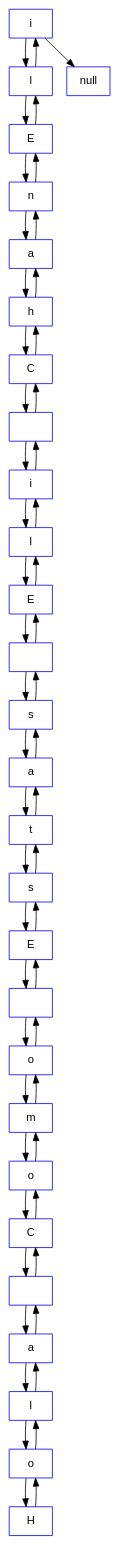
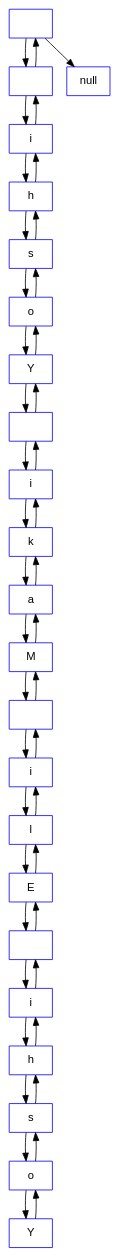
One commit to SergioEGGit/Project_SEG_Text_Editor changed the diagram in Win32/Debug/Reporte1.dot. Above: the diagram before and after it, drawn with Graphviz. The commit also changed 99 other files, not shown here.

```diff
--- a/Win32/Debug/Reporte1.dot
+++ b/Win32/Debug/Reporte1.dot
@@ -1,34 +1,29 @@
 digraph G
 {
 node [shape = box, fontname = Arial, color = blue];
-A0 [label = "i"]
-A1 [label = "l"]
-A2 [label = "E"]
-A3 [label = "n"]
-A4 [label = "a"]
-A5 [label = "h"]
-A6 [label = "C"]
+A0 [label = " "]
+A1 [label = " "]
+A2 [label = "i"]
+A3 [label = "h"]
+A4 [label = "s"]
+A5 [label = "o"]
+A6 [label = "Y"]
 A7 [label = " "]
 A8 [label = "i"]
-A9 [label = "l"]
-A10 [label = "E"]
-A11 [label = " "]
-A12 [label = "s"]
-A13 [label = "a"]
-A14 [label = "t"]
-A15 [label = "s"]
-A16 [label = "E"]
-A17 [label = " "]
-A18 [label = "o"]
-A19 [label = "m"]
+A9 [label = "k"]
+A10 [label = "a"]
+A11 [label = "M"]
+A12 [label = " "]
+A13 [label = "i"]
+A14 [label = "l"]
+A15 [label = "E"]
+A16 [label = " "]
+A17 [label = "i"]
+A18 [label = "h"]
+A19 [label = "s"]
 A20 [label = "o"]
-A21 [label = "C"]
-A22 [label = " "]
-A23 [label = "a"]
-A24 [label = "l"]
-A25 [label = "o"]
-A26 [label = "H"]
-A0->A1->A2->A3->A4->A5->A6->A7->A8->A9->A10->A11->A12->A13->A14->A15->A16->A17->A18->A19->A20->A21->A22->A23->A24->A25->A26
+A21 [label = "Y"]
+A0->A1->A2->A3->A4->A5->A6->A7->A8->A9->A10->A11->A12->A13->A14->A15->A16->A17->A18->A19->A20->A21
  
-A26->A25->A24->A23->A22->A21->A20->A19->A18->A17->A16->A15->A14->A13->A12->A11->A10->A9->A8->A7->A6->A5->A4->A3->A2->A1->A0->null
+A21->A20->A19->A18->A17->A16->A15->A14->A13->A12->A11->A10->A9->A8->A7->A6->A5->A4->A3->A2->A1->A0->null
 }
```
